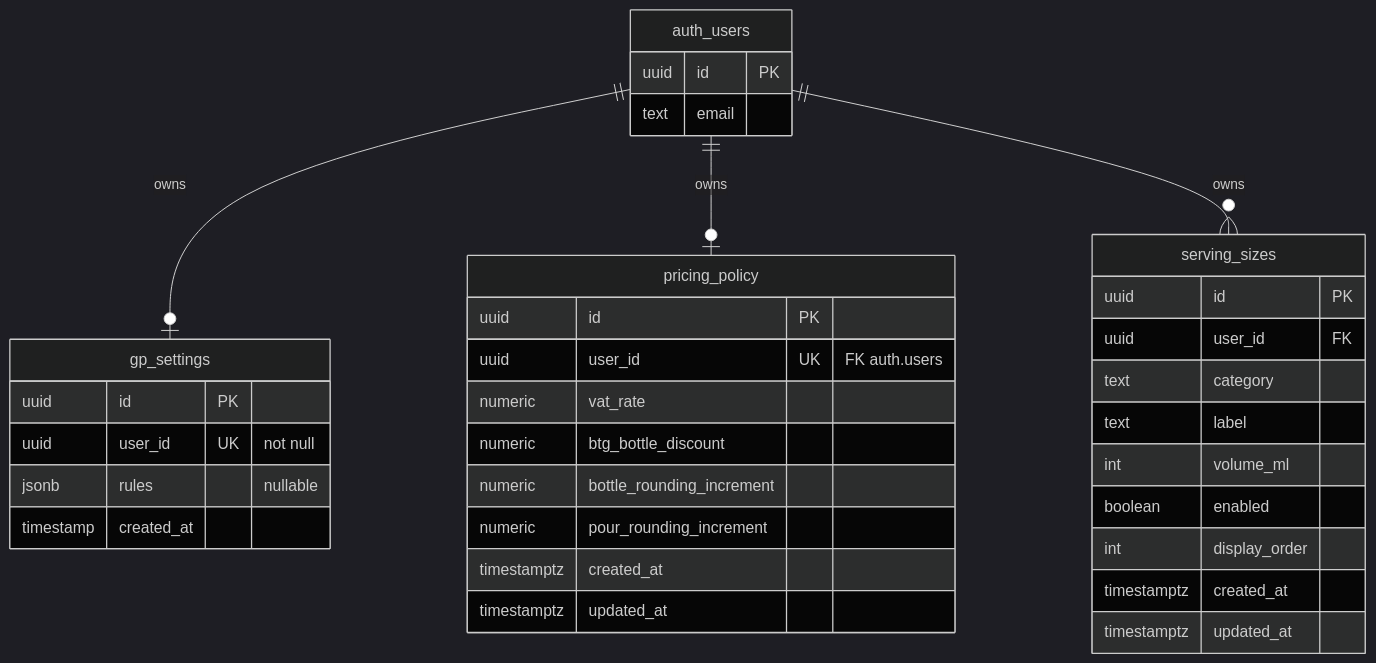
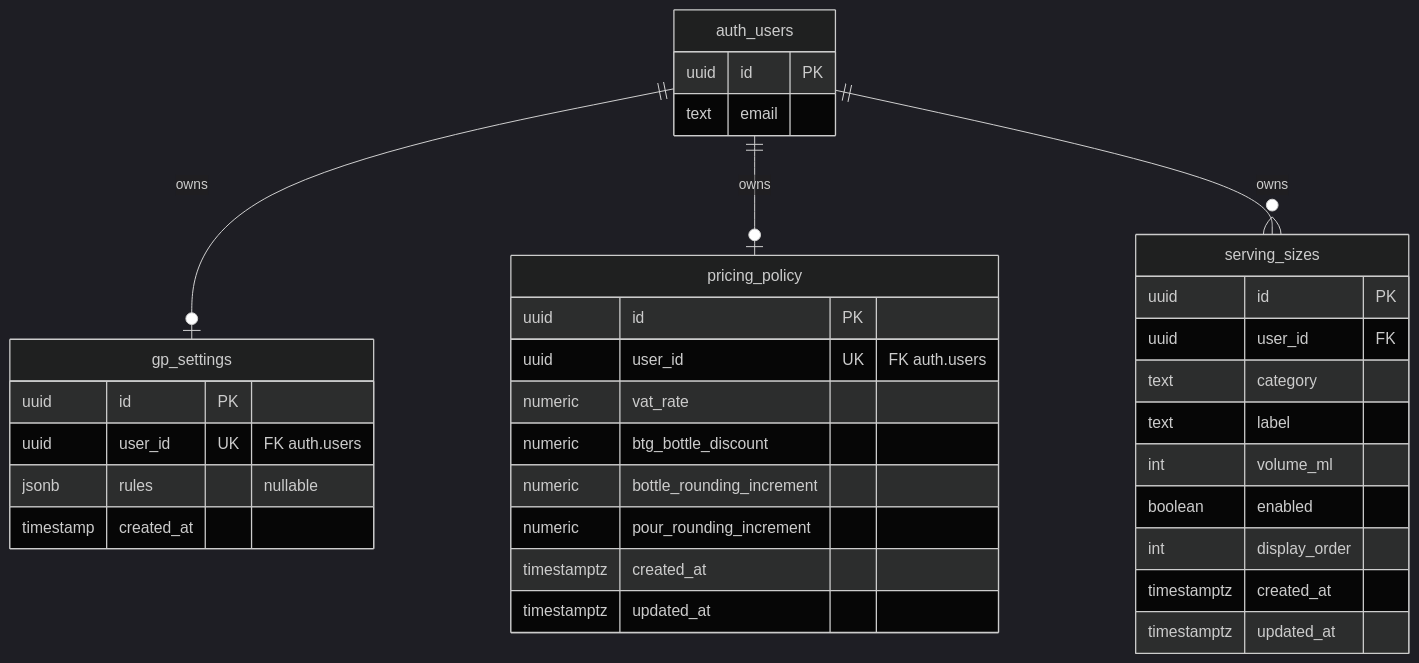
The diagram in docs/DATA_MODEL.md (DanWarham/wine-gp-calculator), drawn with Mermaid (dark theme) before and after one commit. The commit also changed other lines of this file and 4 other files, not shown here.

````diff
--- a/docs/DATA_MODEL.md
+++ b/docs/DATA_MODEL.md
@@ -31,37 +32,37 @@
 ```mermaid
 erDiagram
   auth_users ||--o| gp_settings : "owns"
   auth_users ||--o| pricing_policy : "owns"
   auth_users ||--o{ serving_sizes : "owns"
   gp_settings {
     uuid id PK
-    uuid user_id UK "not null"
+    uuid user_id UK "FK auth.users"
     jsonb rules "nullable"
     timestamp created_at
   }
   pricing_policy {
     uuid id PK
     uuid user_id UK "FK auth.users"
     numeric vat_rate
     numeric btg_bottle_discount
     numeric bottle_rounding_increment
     numeric pour_rounding_increment
     timestamptz created_at
     timestamptz updated_at
   }
   serving_sizes {
     uuid id PK
     uuid user_id FK
     text category
     text label
     int volume_ml
     boolean enabled
     int display_order
     timestamptz created_at
     timestamptz updated_at
   }
   auth_users {
     uuid id PK
     text email
   }
 ```
````
